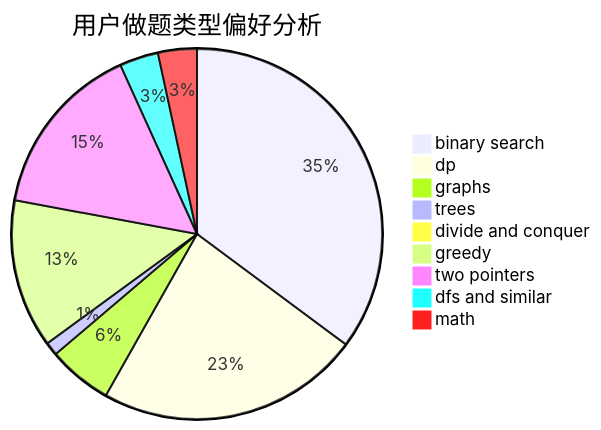
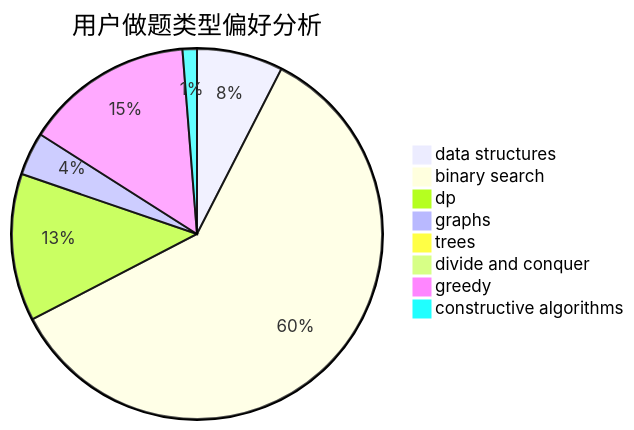
Before and after one commit to sherpahu/cfrs.github.io: the second of 3 diagrams in docs/user/u2557.md, drawn with Mermaid. The commit also changed other lines of this file and 2775 other files, not shown here.

````diff
--- a/docs/user/u2557.md
+++ b/docs/user/u2557.md
@@ -23,12 +23,11 @@
 ```mermaid
 pie title 用户做题类型偏好分析
-    "binary search" :  301
-    "dp" :  197
-    "graphs" :  48
-    "trees" :  10
+    "data structures" :  24
+    "binary search" :  191
+    "dp" :  41
+    "graphs" :  12
+    "trees" :  0
     "divide and conquer" :  0
-    "greedy" :  111
-    "two pointers" :  131
-    "dfs and similar" :  29
-    "math" :  29
+    "greedy" :  47
+    "constructive algorithms" :  4
 ```
````
